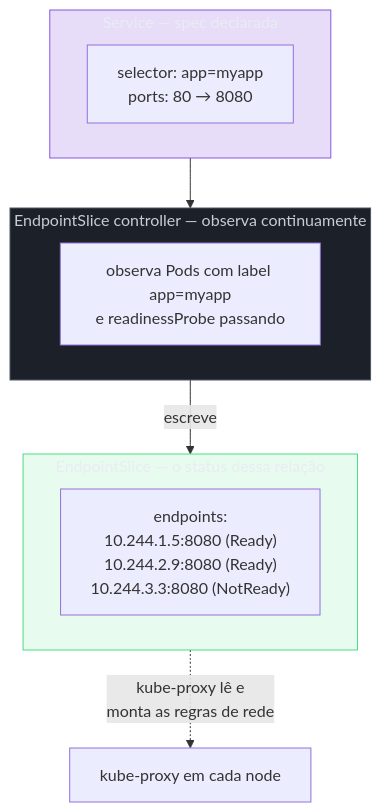
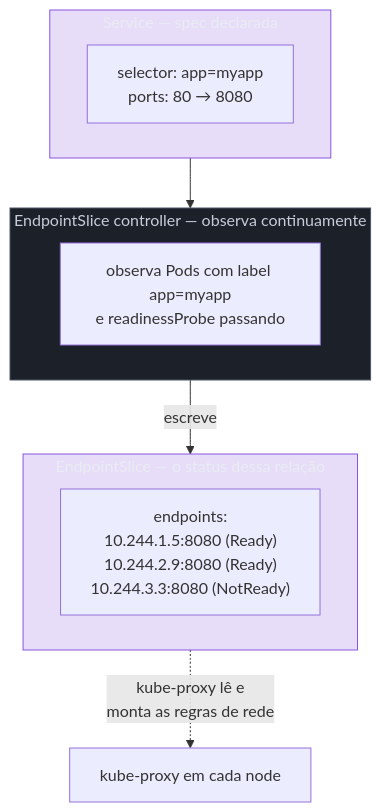
One commit to josenaldo/codex-technomanticus changed the second of 2 diagrams in 03-Dominios/Tecnologia/Infraestrutura/Kubernetes/05 - Service.md. Above: the diagram before and after it, drawn with Mermaid. The commit also changed 601 other files, not shown here.

````diff
--- a/03-Dominios/Tecnologia/Infraestrutura/Kubernetes/05 - Service.md
+++ b/03-Dominios/Tecnologia/Infraestrutura/Kubernetes/05 - Service.md
@@ -66,25 +66,24 @@
 ```mermaid
 graph TB
     classDef marca fill:#8855DF33,stroke:#8855DF,color:#E9ECF2
     classDef neutro fill:#1B2029,stroke:#4E5666,color:#C6CCD8
-    classDef ok fill:#4ADE8021,stroke:#4ADE80,color:#E9ECF2
     subgraph SVC["Service — spec declarada"]
         SEL["selector: app=myapp<br/>ports: 80 → 8080"]
     end
 
     subgraph CTRL["EndpointSlice controller — observa continuamente"]
         OBS["observa Pods com label app=myapp<br/>e readinessProbe passando"]
     end
 
     subgraph ES["EndpointSlice — o status dessa relação"]
         LIST["endpoints:<br/>10.244.1.5:8080 (Ready)<br/>10.244.2.9:8080 (Ready)<br/>10.244.3.3:8080 (NotReady)"]
     end
 
     SVC --> CTRL
     CTRL -->|"escreve"| ES
     ES -.->|"kube-proxy lê e<br/>monta as regras de rede"| KP["kube-proxy em cada node"]
 
     class SVC marca
     class CTRL neutro
-    class ES ok
+    class ES marca
 ```
````
